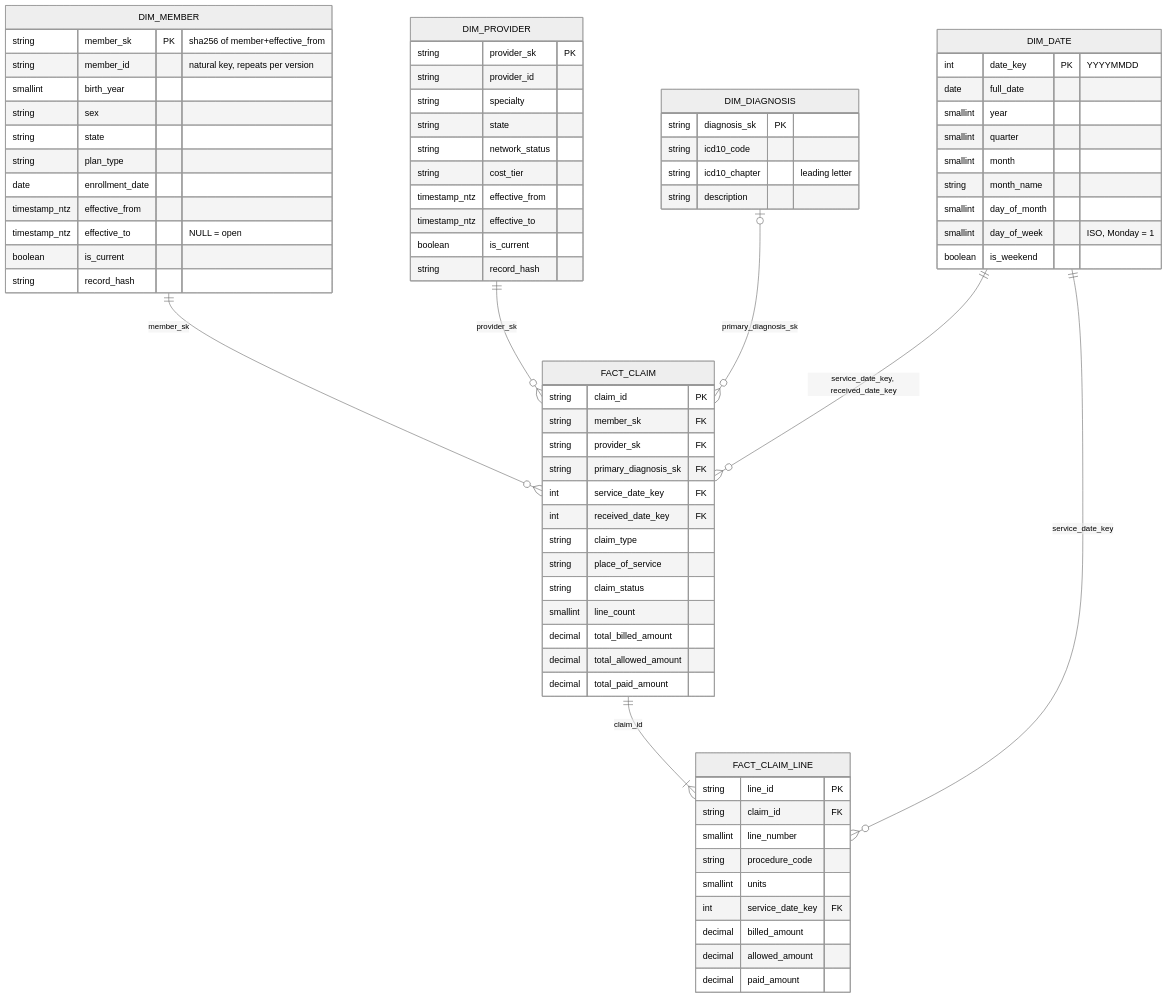
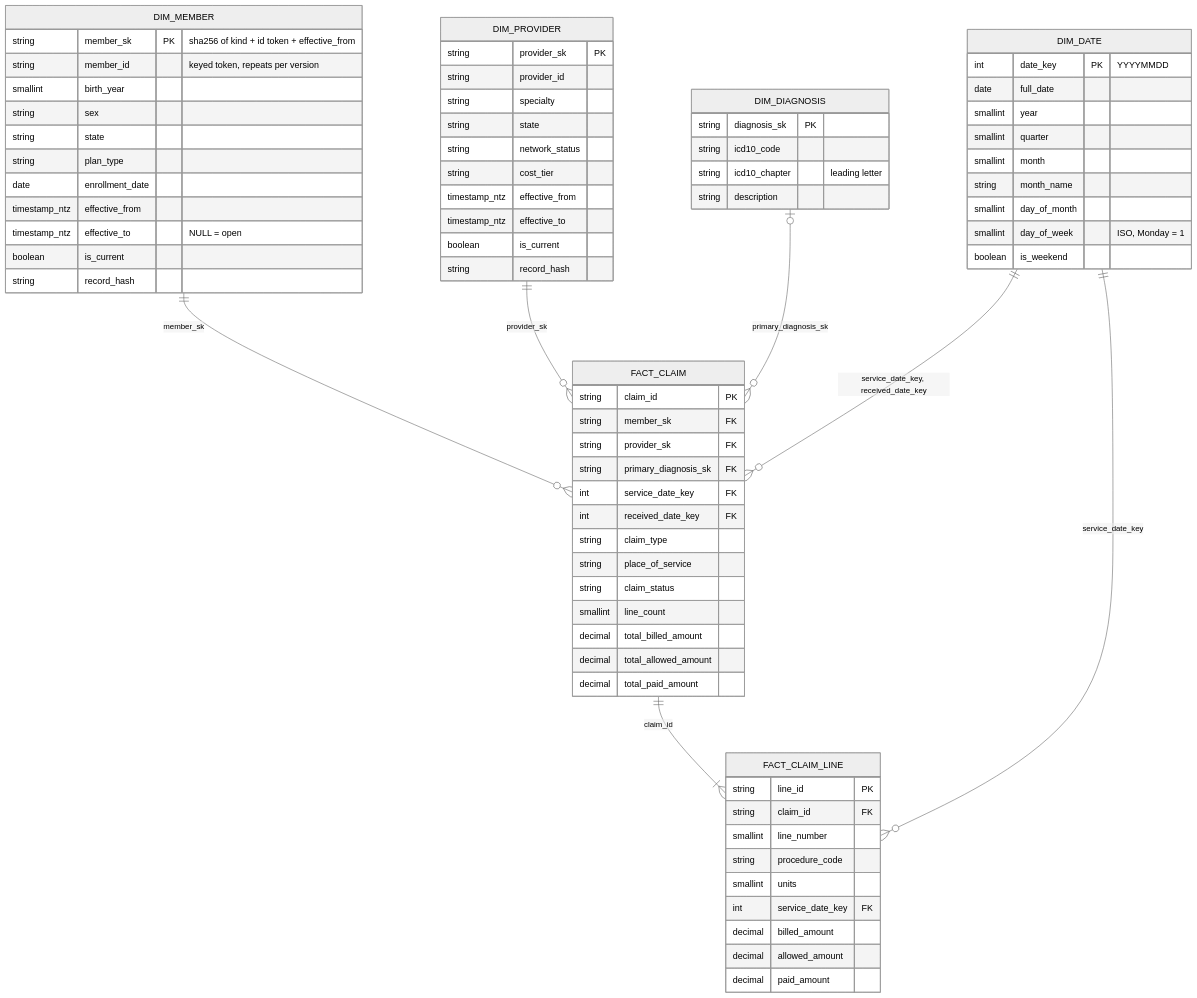
Before and after one commit to nikshepkulli/claims-lakehouse: the diagram in docs/gold.md, drawn with Mermaid (neutral theme). The commit also changed other lines of this file and 36 other files, not shown here.

First line of the commit message:
feat: keyed HMAC tokens for member/provider ids in gold and Snowflake (#71) (#87)

````diff
--- a/docs/gold.md
+++ b/docs/gold.md
@@ -11,66 +11,66 @@
 ```mermaid
 erDiagram
     DIM_MEMBER   ||--o{ FACT_CLAIM      : member_sk
     DIM_PROVIDER ||--o{ FACT_CLAIM      : provider_sk
     DIM_DIAGNOSIS |o--o{ FACT_CLAIM     : primary_diagnosis_sk
     DIM_DATE     ||--o{ FACT_CLAIM      : "service_date_key, received_date_key"
     FACT_CLAIM   ||--|{ FACT_CLAIM_LINE : claim_id
     DIM_DATE     ||--o{ FACT_CLAIM_LINE : service_date_key
 
-    DIM_MEMBER { string member_sk PK "sha256 of member+effective_from"
-                 string member_id "natural key, repeats per version"
+    DIM_MEMBER { string member_sk PK "sha256 of kind + id token + effective_from"
+                 string member_id "keyed token, repeats per version"
                  smallint birth_year
                  string sex
                  string state
                  string plan_type
                  date enrollment_date
                  timestamp_ntz effective_from
                  timestamp_ntz effective_to "NULL = open"
                  boolean is_current
                  string record_hash }
     DIM_PROVIDER { string provider_sk PK
                    string provider_id
                    string specialty
                    string state
                    string network_status
                    string cost_tier
                    timestamp_ntz effective_from
                    timestamp_ntz effective_to
                    boolean is_current
                    string record_hash }
     DIM_DIAGNOSIS { string diagnosis_sk PK
                     string icd10_code
                     string icd10_chapter "leading letter"
                     string description }
     DIM_DATE { int date_key PK "YYYYMMDD"
                date full_date
                smallint year
                smallint quarter
                smallint month
                string month_name
                smallint day_of_month
                smallint day_of_week "ISO, Monday = 1"
                boolean is_weekend }
     FACT_CLAIM { string claim_id PK
                  string member_sk FK
                  string provider_sk FK
                  string primary_diagnosis_sk FK
                  int service_date_key FK
                  int received_date_key FK
                  string claim_type
                  string place_of_service
                  string claim_status
                  smallint line_count
                  decimal total_billed_amount
                  decimal total_allowed_amount
                  decimal total_paid_amount }
     FACT_CLAIM_LINE { string line_id PK
                       string claim_id FK
                       smallint line_number
                       string procedure_code
                       smallint units
                       int service_date_key FK
                       decimal billed_amount
                       decimal allowed_amount
                       decimal paid_amount }
 ```
````
